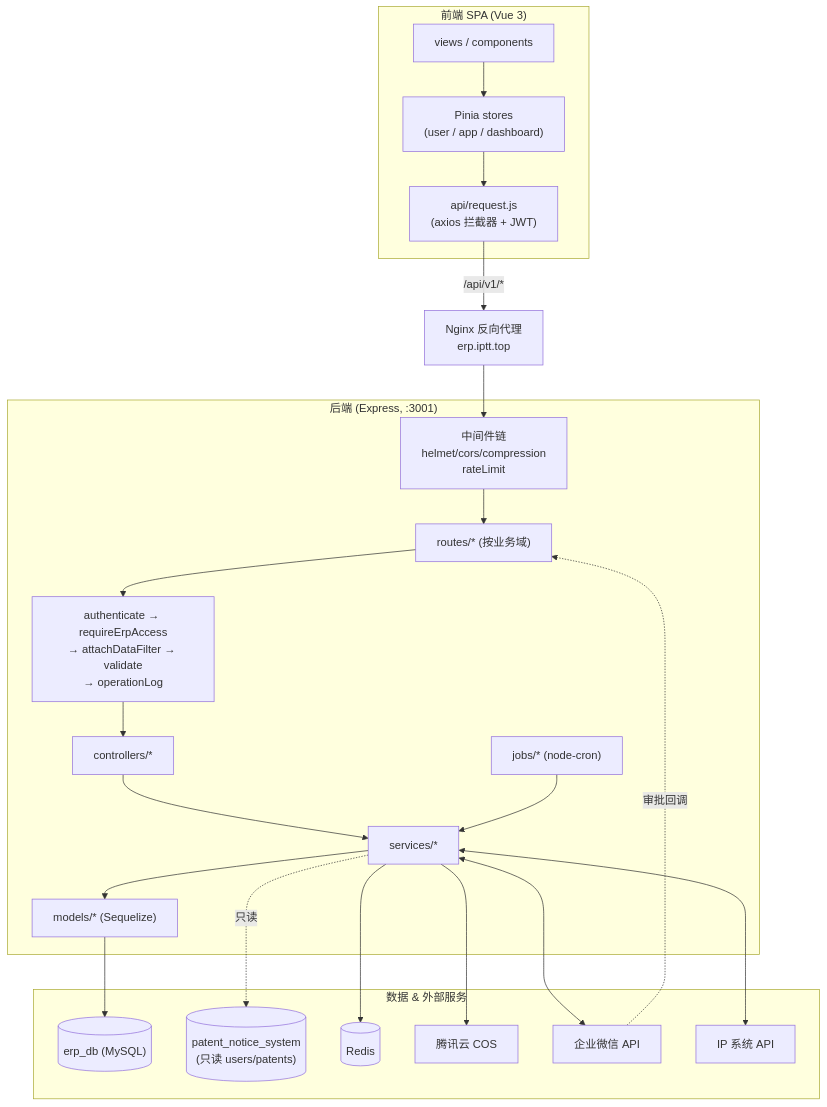
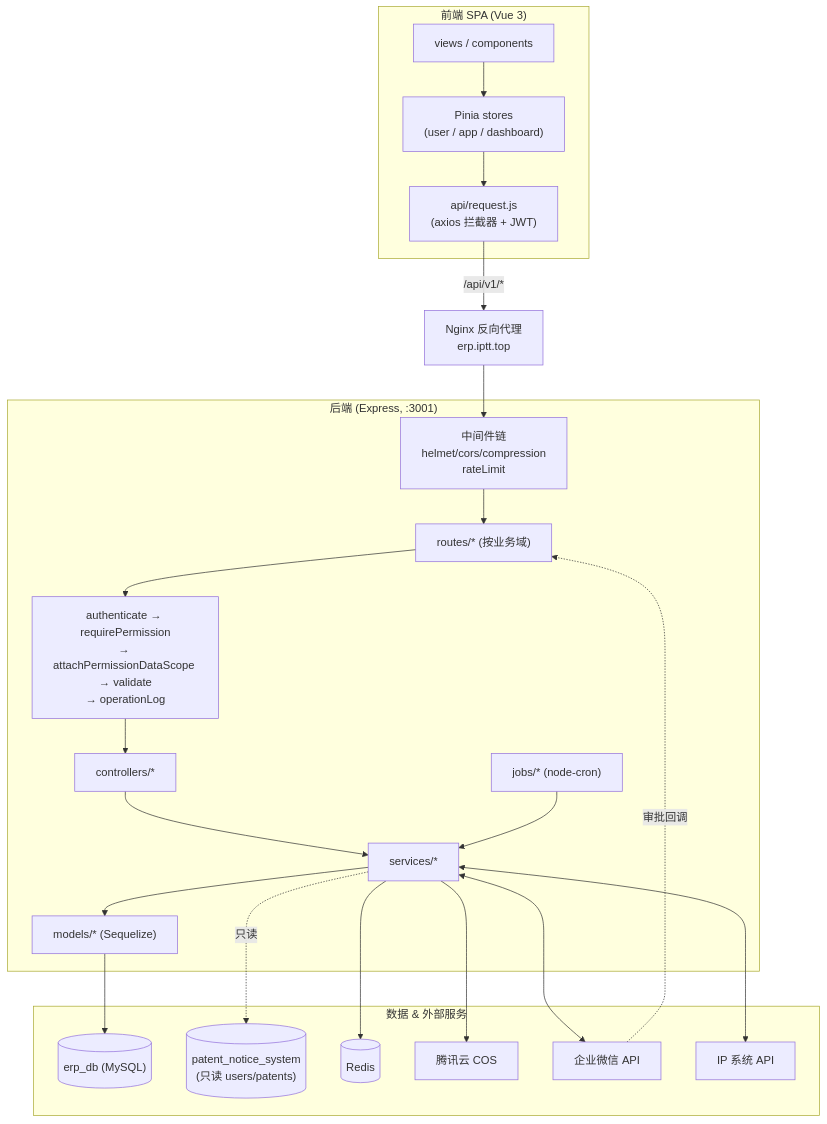
Before and after one commit to sxliuchen-hash/ruixinERP: the first of 11 diagrams in docs/项目知识图谱.md, drawn with Mermaid. The commit also changed other lines of this file and 283 other files, not shown here.

````diff
--- a/docs/项目知识图谱.md
+++ b/docs/项目知识图谱.md
@@ -43,41 +43,41 @@
 ```mermaid
 flowchart TB
     subgraph Client["前端 SPA (Vue 3)"]
         UI["views / components"]
         Store["Pinia stores<br/>(user / app / dashboard)"]
         Req["api/request.js<br/>(axios 拦截器 + JWT)"]
         UI --> Store --> Req
     end
 
     Nginx["Nginx 反向代理<br/>erp.iptt.top"]
 
     subgraph Backend["后端 (Express, :3001)"]
         MW["中间件链<br/>helmet/cors/compression<br/>rateLimit"]
         Routes["routes/* (按业务域)"]
-        Auth["authenticate → requireErpAccess<br/>→ attachDataFilter → validate<br/>→ operationLog"]
+        Auth["authenticate → requirePermission<br/>→ attachPermissionDataScope → validate<br/>→ operationLog"]
         Ctrl["controllers/*"]
         Svc["services/*"]
         Models["models/* (Sequelize)"]
         Jobs["jobs/* (node-cron)"]
         MW --> Routes --> Auth --> Ctrl --> Svc --> Models
         Jobs --> Svc
     end
 
     subgraph Data["数据 & 外部服务"]
         ERPDB[("erp_db (MySQL)")]
         MainDB[("patent_notice_system<br/>(只读 users/patents)")]
         Redis[("Redis")]
         COS["腾讯云 COS"]
         WeChat["企业微信 API"]
         IPSys["IP 系统 API"]
     end
 
     Req -->|"/api/v1/*"| Nginx --> MW
     Models --> ERPDB
     Svc -.只读.-> MainDB
     Svc --> Redis
     Svc --> COS
     Svc <--> WeChat
     Svc <--> IPSys
     WeChat -.审批回调.-> Routes
 ```
````
